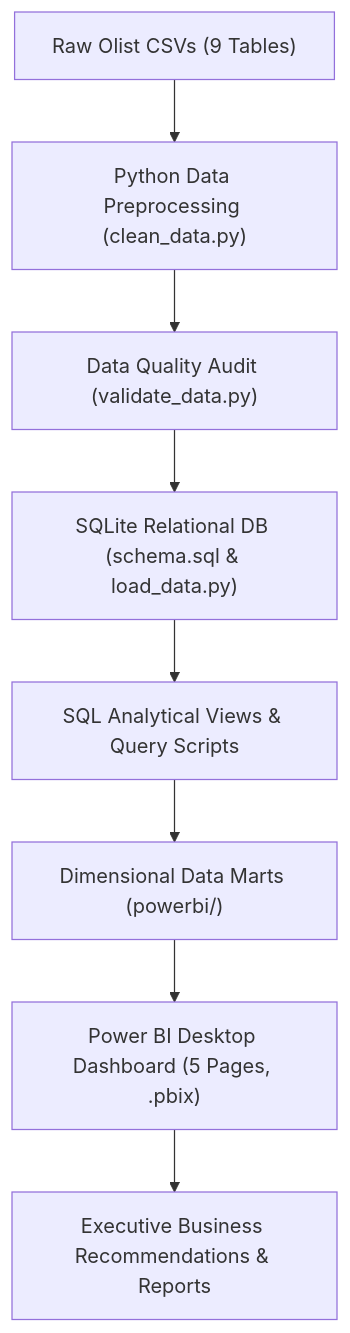
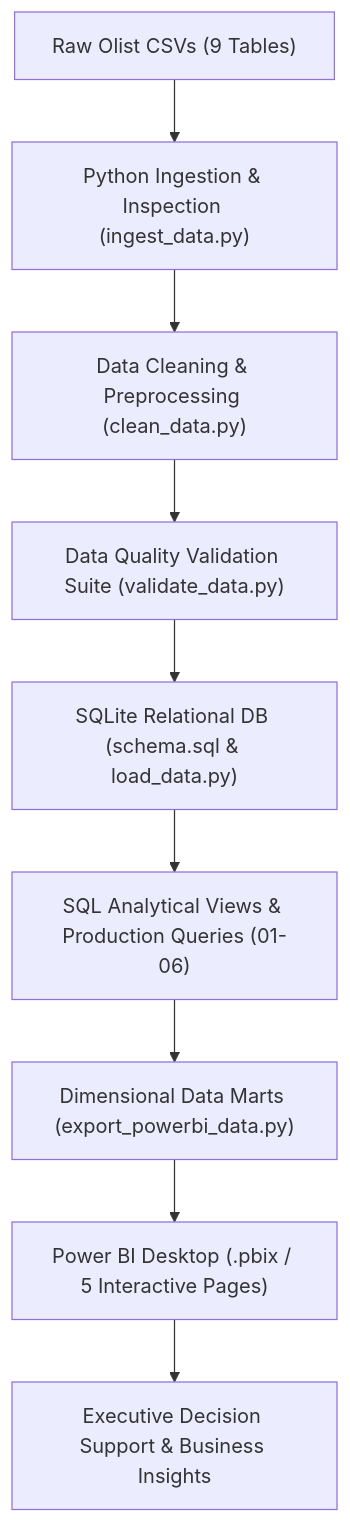
Before and after one commit to nandinipatel8011/Olist-Ecommerce-Analytics: the first of 2 diagrams in README.md, drawn with Mermaid. The commit also changed other lines of this file, not shown here.

````diff
--- a/README.md
+++ b/README.md
@@ -39,10 +54,11 @@
 ```mermaid
 flowchart TD
-    A["Raw Olist CSVs (9 Tables)"] --> B["Python Data Preprocessing (clean_data.py)"]
-    B --> C["Data Quality Audit (validate_data.py)"]
-    C --> D["SQLite Relational DB (schema.sql & load_data.py)"]
-    D --> E["SQL Analytical Views & Query Scripts"]
-    E --> F["Dimensional Data Marts (powerbi/)"]
-    F --> G["Power BI Desktop Dashboard (5 Pages, .pbix)"]
-    G --> H["Executive Business Recommendations & Reports"]
+    A["Raw Olist CSVs (9 Tables)"] --> B["Python Ingestion & Inspection (ingest_data.py)"]
+    B --> C["Data Cleaning & Preprocessing (clean_data.py)"]
+    C --> D["Data Quality Validation Suite (validate_data.py)"]
+    D --> E["SQLite Relational DB (schema.sql & load_data.py)"]
+    E --> F["SQL Analytical Views & Production Queries (01-06)"]
+    F --> G["Dimensional Data Marts (export_powerbi_data.py)"]
+    G --> H["Power BI Desktop (.pbix / 5 Interactive Pages)"]
+    H --> I["Executive Decision Support & Business Insights"]
 ```
````
